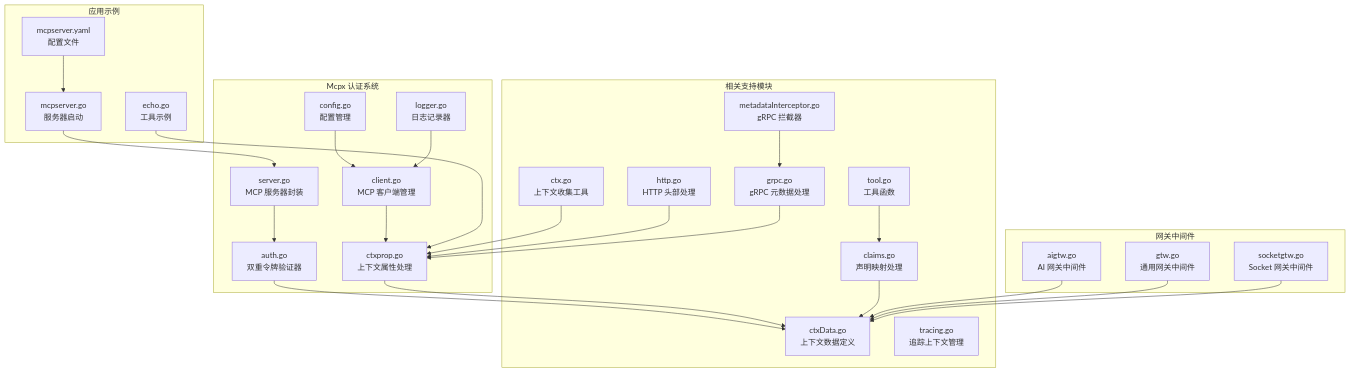
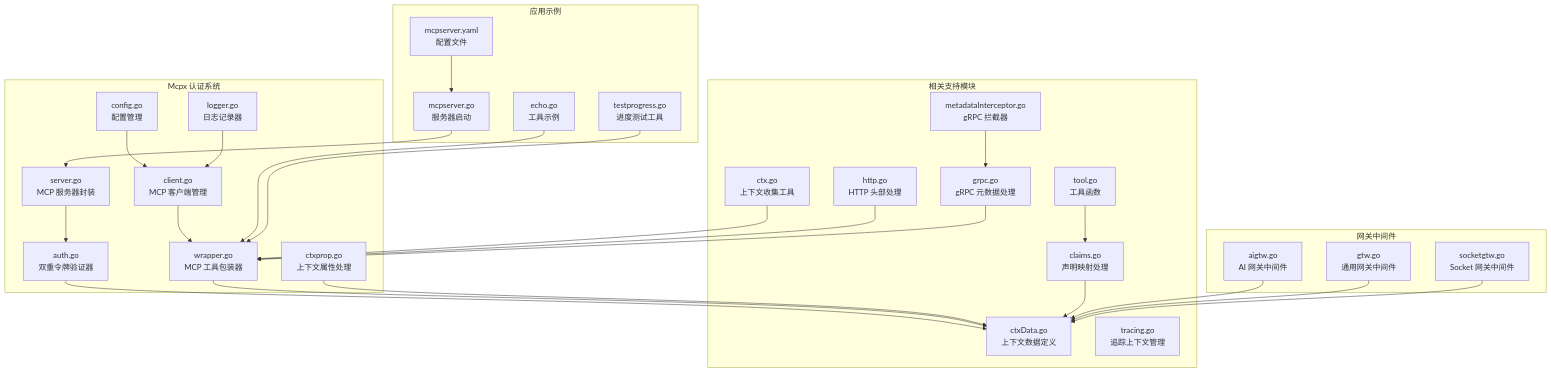
Before and after one commit to maomao94/zero-service: the first of 13 diagrams in .qoder/repowiki/zh/content/Mcpx Authentication System.md, drawn with Mermaid. The commit also changed other lines of this file and 42 other files, not shown here.

````diff
--- a/.qoder/repowiki/zh/content/Mcpx Authentication System.md
+++ b/.qoder/repowiki/zh/content/Mcpx Authentication System.md
@@ -74,49 +77,53 @@
 ```mermaid
 graph TB
 subgraph "Mcpx 认证系统"
 A[auth.go<br/>双重令牌验证器]
 B[client.go<br/>MCP 客户端管理]
 C[server.go<br/>MCP 服务器封装]
 D[config.go<br/>配置管理]
-E[ctxprop.go<br/>上下文属性处理]
-F[logger.go<br/>日志记录器]
+E[wrapper.go<br/>MCP 工具包装器]
+F[ctxprop.go<br/>上下文属性处理]
+G[logger.go<br/>日志记录器]
 end
 subgraph "相关支持模块"
-G[ctxData.go<br/>上下文数据定义]
-H[ctx.go<br/>上下文收集工具]
-I[claims.go<br/>声明映射处理]
-J[http.go<br/>HTTP 头部处理]
-K[grpc.go<br/>gRPC 元数据处理]
-L[tool.go<br/>工具函数]
-M[metadataInterceptor.go<br/>gRPC 拦截器]
-N[tracing.go<br/>追踪上下文管理]
+H[ctxData.go<br/>上下文数据定义]
+I[ctx.go<br/>上下文收集工具]
+J[claims.go<br/>声明映射处理]
+K[http.go<br/>HTTP 头部处理]
+L[grpc.go<br/>gRPC 元数据处理]
+M[tool.go<br/>工具函数]
+N[metadataInterceptor.go<br/>gRPC 拦截器]
+O[tracing.go<br/>追踪上下文管理]
 end
 subgraph "应用示例"
-O[mcpserver.go<br/>服务器启动]
-P[mcpserver.yaml<br/>配置文件]
-Q[echo.go<br/>工具示例]
+P[mcpserver.go<br/>服务器启动]
+Q[mcpserver.yaml<br/>配置文件]
+R[echo.go<br/>工具示例]
+S[testprogress.go<br/>进度测试工具]
 end
 subgraph "网关中间件"
-R[aigtw.go<br/>AI 网关中间件]
-S[gtw.go<br/>通用网关中间件]
-T[socketgtw.go<br/>Socket 网关中间件]
+T[aigtw.go<br/>AI 网关中间件]
+U[gtw.go<br/>通用网关中间件]
+V[socketgtw.go<br/>Socket 网关中间件]
 end
-A --> G
+A --> H
 B --> E
 C --> A
 D --> B
-E --> G
-F --> B
-O --> C
-P --> O
-Q --> E
-H --> E
-I --> G
-J --> E
+E --> H
+F --> H
+G --> B
+P --> C
+Q --> P
+R --> E
+S --> E
+I --> E
+J --> H
 K --> E
-L --> I
-M --> K
-R --> G
-S --> G
-T --> G
+L --> E
+M --> J
+N --> L
+T --> H
+U --> H
+V --> H
 ```
````
